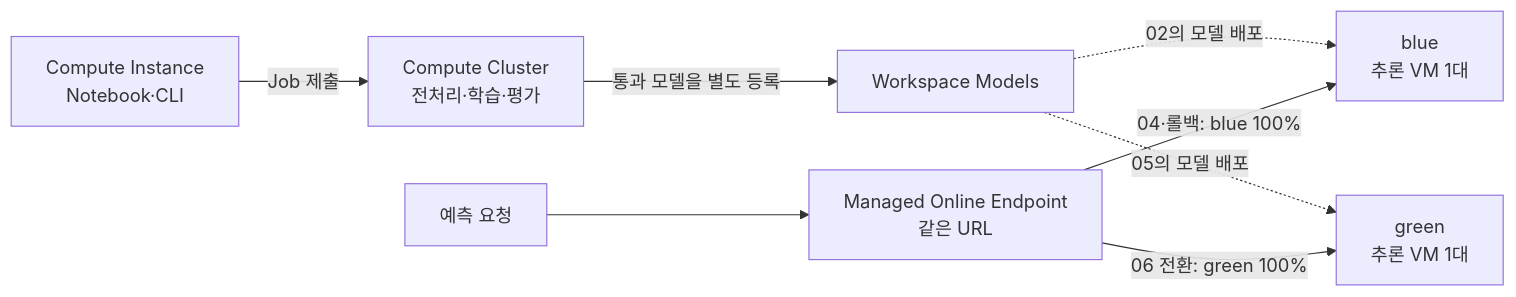
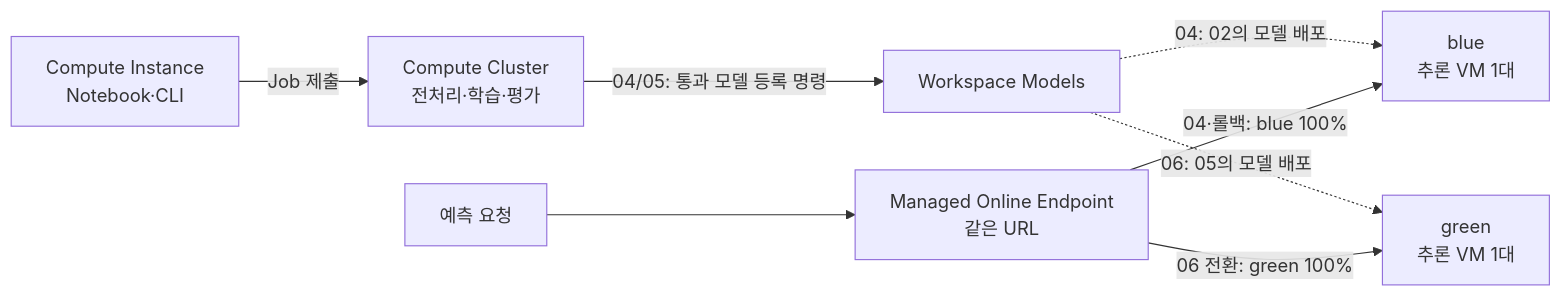
The diagram in docs/infrastructure.md (junwoojeong100/azure-ml-labs), drawn with Mermaid before and after one commit. The commit also changed other lines of this file and 9 other files, not shown here.

First line of the commit message:
docs: clarify lab model flow and recovery

````diff
--- a/docs/infrastructure.md
+++ b/docs/infrastructure.md
@@ -9,10 +9,10 @@
 ```mermaid
 flowchart LR
     N["Compute Instance<br/>Notebook·CLI"] -->|"Job 제출"| T["Compute Cluster<br/>전처리·학습·평가"]
-    T -->|"통과 모델을 별도 등록"| M["Workspace Models"]
-    M -.->|"02의 모델 배포"| B["blue<br/>추론 VM 1대"]
-    M -.->|"05의 모델 배포"| G["green<br/>추론 VM 1대"]
+    T -->|"04/05: 통과 모델 등록 명령"| M["Workspace Models"]
+    M -.->|"04: 02의 모델 배포"| B["blue<br/>추론 VM 1대"]
+    M -.->|"06: 05의 모델 배포"| G["green<br/>추론 VM 1대"]
     C["예측 요청"] --> E["Managed Online Endpoint<br/>같은 URL"]
     E -->|"04·롤백: blue 100%"| B
     E -->|"06 전환: green 100%"| G
 ```
````
